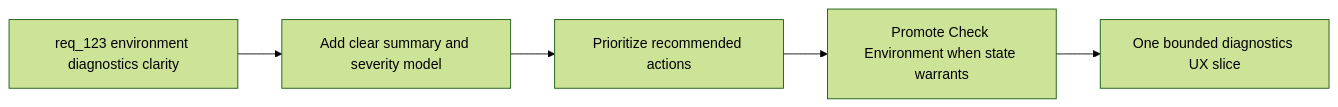
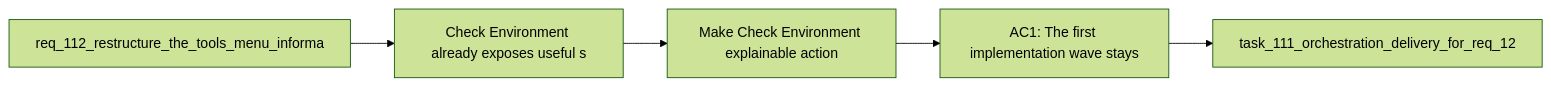
The diagram in logics/backlog/item_219_make_check_environment_explainable_action_first_and_state_promoted_in_tools.md (AlexAgo83/logics-manager), drawn with Mermaid (forest theme) before and after one commit. The commit also changed other lines of this file and 481 other files, not shown here.

````diff
--- a/logics/backlog/item_219_make_check_environment_explainable_action_first_and_state_promoted_in_tools.md
+++ b/logics/backlog/item_219_make_check_environment_explainable_action_first_and_state_promoted_in_tools.md
@@ -31,9 +31,9 @@
 ```mermaid
 %% logics-kind: backlog
 %% logics-signature: backlog|make-check-environment-explainable-actio|req-112-restructure-the-tools-menu-infor|check-environment-already-exposes-useful|ac1-the-first-implementation-wave-stays
 flowchart LR
-    Request[req_123 environment diagnostics clarity] --> Summary[Add clear summary and severity model]
-    Summary --> Actions[Prioritize recommended actions]
-    Actions --> Recommended[Promote Check Environment when state warrants]
-    Recommended --> Delivery[One bounded diagnostics UX slice]
+    Request[req_112_restructure_the_tools_menu_informa] --> Problem[Check Environment already exposes useful s]
+    Problem --> Scope[Make Check Environment explainable action]
+    Scope --> Acceptance[AC1: The first implementation wave stays]
+    Acceptance --> Tasks[task_111_orchestration_delivery_for_req_12]
 ```
````
